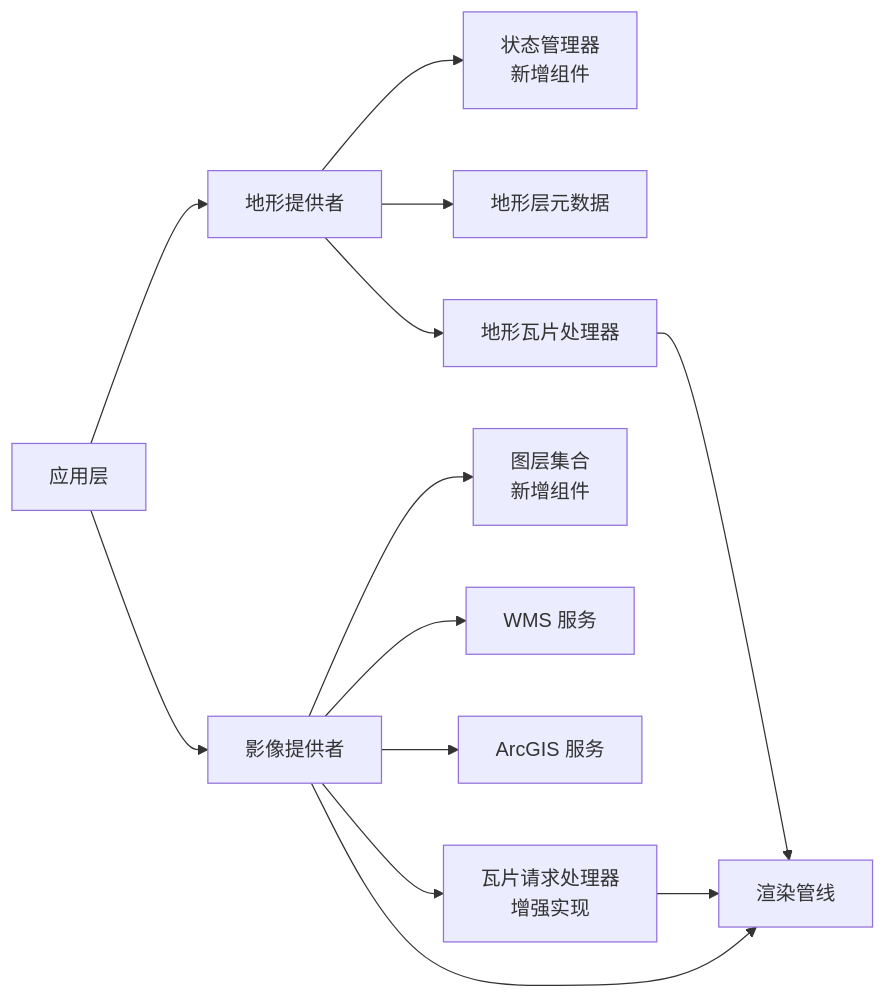
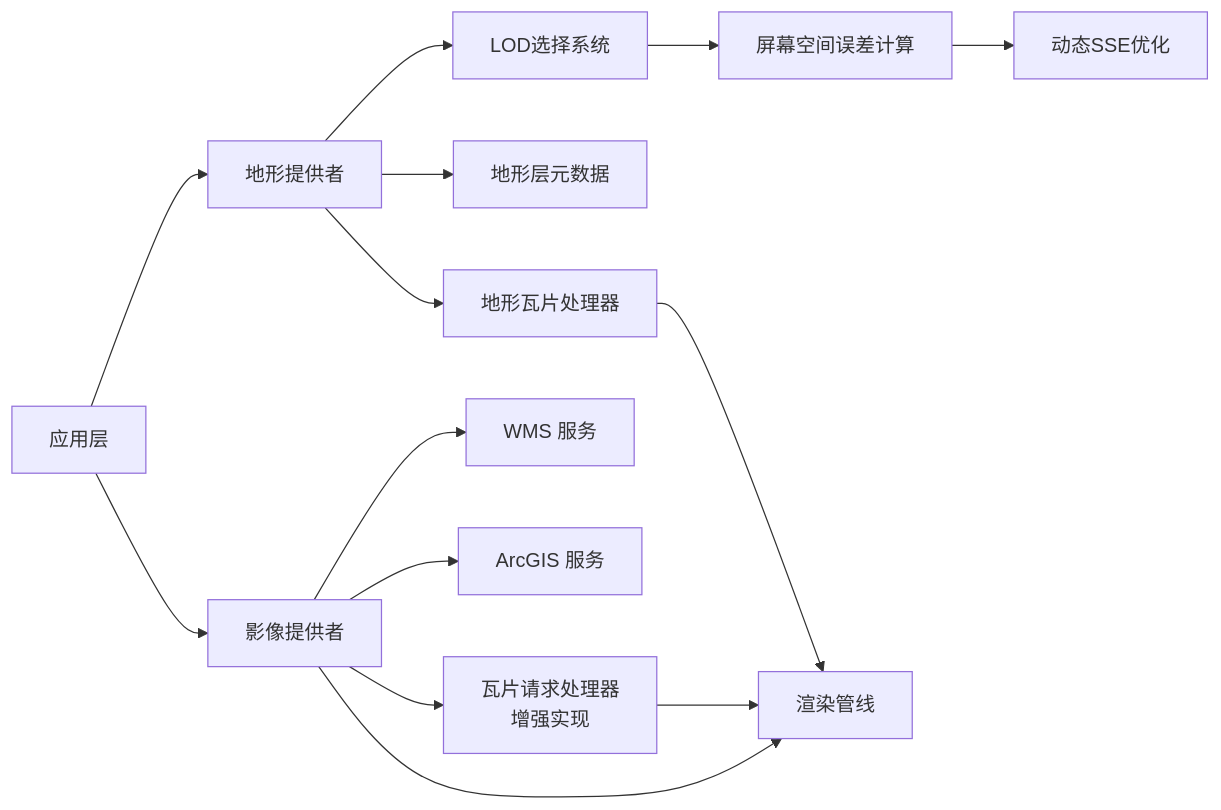
One commit to rzhangjing/cesium changed the seventh of 7 diagrams in .qoder/repowiki/zh/content/项目概述/核心特性/地形与影像系统/地形与影像系统.md. Above: the diagram before and after it, drawn with Mermaid. The commit also changed other lines of this file and 57 other files, not shown here.

````diff
--- a/.qoder/repowiki/zh/content/项目概述/核心特性/地形与影像系统/地形与影像系统.md
+++ b/.qoder/repowiki/zh/content/项目概述/核心特性/地形与影像系统/地形与影像系统.md
@@ -299,15 +360,16 @@
 ```mermaid
 graph LR
 App["应用层"] --> TP["地形提供者"]
 App --> IP["影像提供者"]
-TP --> SM["状态管理器<br/>新增组件"]
-IP --> LC["图层集合<br/>新增组件"]
+TP --> LDS["LOD选择系统"]
+LDS --> SSE["屏幕空间误差计算"]
+SSE --> DSE["动态SSE优化"]
 TP --> Meta["地形层元数据"]
 IP --> WMS["WMS 服务"]
 IP --> AGS["ArcGIS 服务"]
 TP --> Proc["地形瓦片处理器"]
 IP --> TRP["瓦片请求处理器<br/>增强实现"]
 Proc --> GPU["渲染管线"]
 TRP --> GPU
 IP --> GPU
 ```
````
